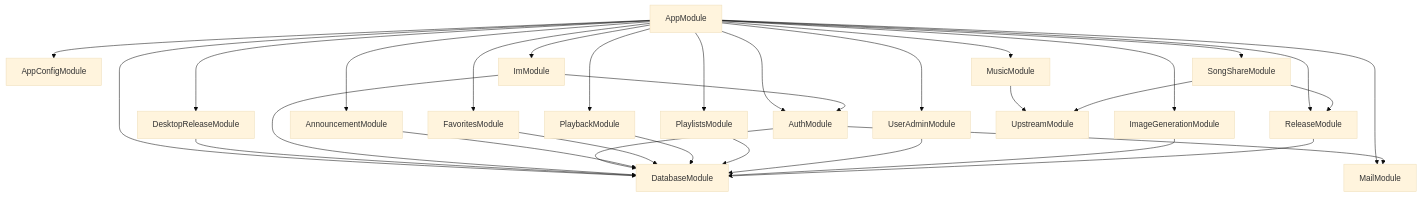
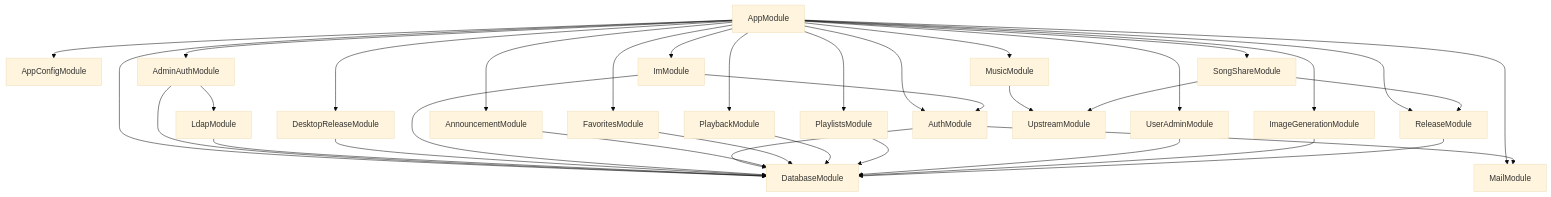
The first of 2 diagrams in server/wiki/01-architecture.md (taotaomusic/core), drawn with Mermaid (base theme) before and after one commit. The commit also changed other lines of this file and 8 other files, not shown here.

````diff
--- a/server/wiki/01-architecture.md
+++ b/server/wiki/01-architecture.md
@@ -31,33 +33,37 @@
 ```mermaid
 flowchart TD
     App["AppModule"] --> Config["AppConfigModule"]
     App --> Database["DatabaseModule"]
     App --> Auth["AuthModule"]
     App --> Mail["MailModule"]
     App --> Announcements["AnnouncementModule"]
     App --> Favorites["FavoritesModule"]
     App --> Playback["PlaybackModule"]
     App --> Playlists["PlaylistsModule"]
     App --> Music["MusicModule"]
     App --> Shares["SongShareModule"]
     App --> Image["ImageGenerationModule"]
     App --> Release["ReleaseModule"]
     App --> Desktop["DesktopReleaseModule"]
     App --> Im["ImModule"]
     App --> UserAdmin["UserAdminModule"]
+    App --> AdminAuth["AdminAuthModule"]
+    AdminAuth --> Ldap["LdapModule"]
+    AdminAuth --> Database
+    Ldap --> Database
     Music --> Upstream["UpstreamModule"]
     Shares --> Upstream
     Shares --> Release
     Desktop --> Database
     Im --> Database
     Im --> Auth
     Auth --> Database
     Auth --> Mail
     Announcements --> Database
     Favorites --> Database
     Playback --> Database
     Playlists --> Database
     UserAdmin --> Database
     Image --> Database
     Release --> Database
 ```
````
